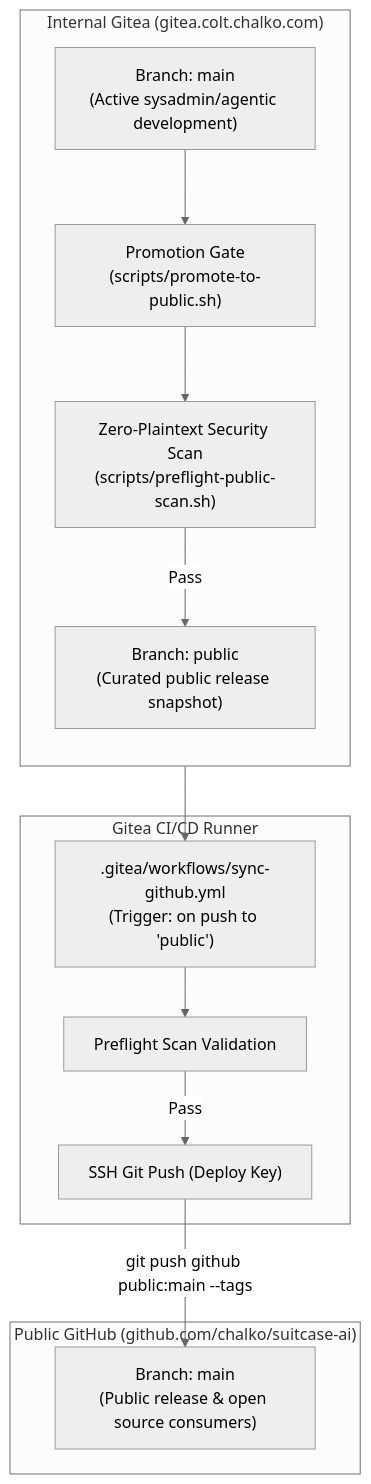
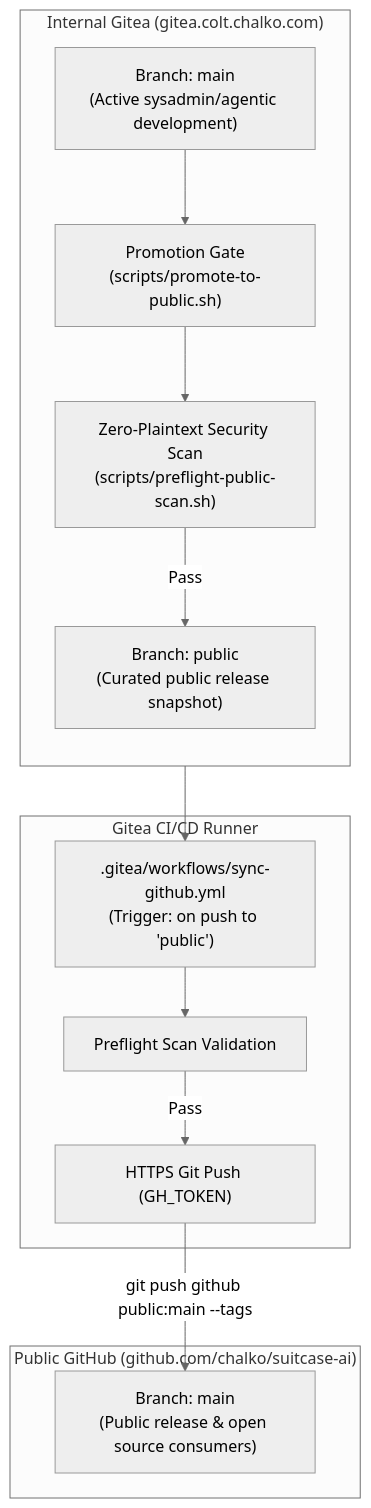
The diagram in docs/PUBLIC_RELEASE_RUNBOOK.md (chalko/suitcase-ai), drawn with Mermaid (neutral theme) before and after one commit. The commit also changed other lines of this file and 2 other files, not shown here.

Commit message:
fix(ci): refine preflight scan for credentials only and switch to GitHub token auth

````diff
--- a/docs/PUBLIC_RELEASE_RUNBOOK.md
+++ b/docs/PUBLIC_RELEASE_RUNBOOK.md
@@ -9,30 +9,30 @@
 ```mermaid
 flowchart TD
     subgraph Internal_Gitea["Internal Gitea (gitea.colt.chalko.com)"]
         direction TB
         G_MAIN["Branch: main\n(Active sysadmin/agentic development)"]
         PROMO["Promotion Gate\n(scripts/promote-to-public.sh)"]
         SCAN["Zero-Plaintext Security Scan\n(scripts/preflight-public-scan.sh)"]
         G_PUB["Branch: public\n(Curated public release snapshot)"]
 
         G_MAIN --> PROMO
         PROMO --> SCAN
         SCAN -->|Pass| G_PUB
     end
 
     subgraph Gitea_Actions["Gitea CI/CD Runner"]
         WF[".gitea/workflows/sync-github.yml\n(Trigger: on push to 'public')"]
         CI_SCAN["Preflight Scan Validation"]
-        SSH_PUSH["SSH Git Push (Deploy Key)"]
+        HTTPS_PUSH["HTTPS Git Push (GH_TOKEN)"]
 
         G_PUB --> WF
         WF --> CI_SCAN
-        CI_SCAN -->|Pass| SSH_PUSH
+        CI_SCAN -->|Pass| HTTPS_PUSH
     end
 
     subgraph GitHub_Public["Public GitHub (github.com/chalko/suitcase-ai)"]
         GH_MAIN["Branch: main\n(Public release & open source consumers)"]
     end
 
-    SSH_PUSH -->|"git push github public:main --tags"| GH_MAIN
+    HTTPS_PUSH -->|"git push github public:main --tags"| GH_MAIN
 ```
````
